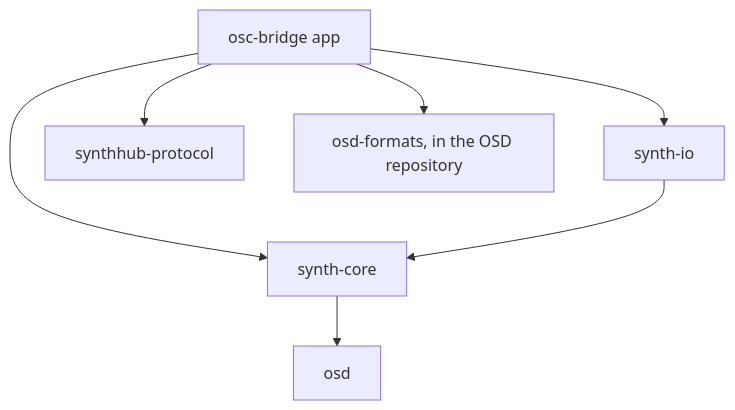
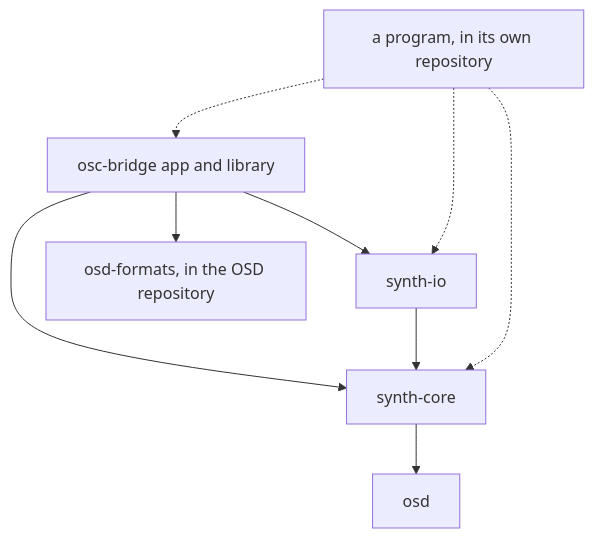
Before and after one commit to roomi-fields/osc-bridge: the second of 4 diagrams in docs/ARCHITECTURE.md, drawn with Mermaid. The commit also changed other lines of this file and 2 other files, not shown here.

Commit message:
docs: The architecture and the frame describe the bridge alone (OB-ud1.17)

````diff
--- a/docs/ARCHITECTURE.md
+++ b/docs/ARCHITECTURE.md
@@ -36,7 +34,8 @@
 ```mermaid
 flowchart TB
-  app[osc-bridge app] --> core[synth-core] & io[synth-io] & proto[synthhub-protocol]
+  app[osc-bridge app and library] --> core[synth-core] & io[synth-io]
   io --> core
   core --> osd[osd]
   app --> fmt[osd-formats, in the OSD repository]
+  prog[a program, in its own repository] -.-> app & core & io
 ```
````
